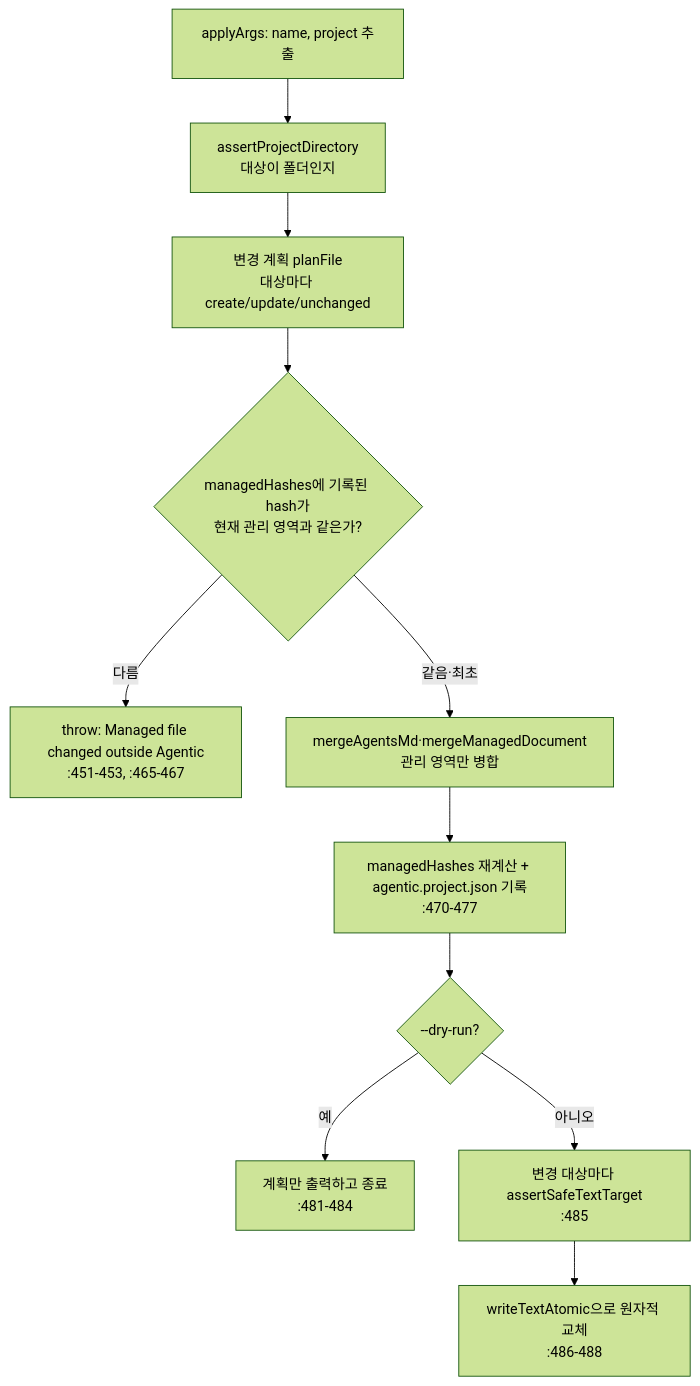
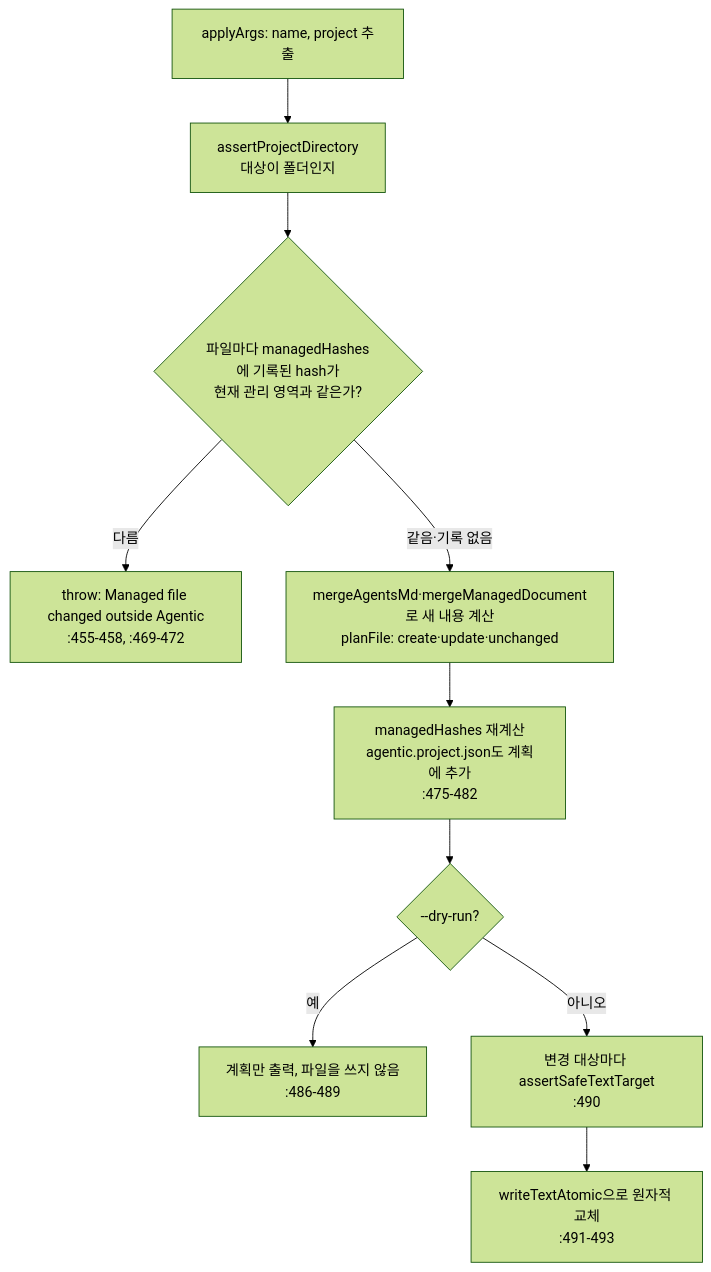
The fourth of 7 diagrams in docs/architecture/implementation-mechanics.md (IsthisLee/agent-context-manager), drawn with Mermaid (forest theme) before and after one commit. The commit also changed other lines of this file and 30 other files, not shown here.

````diff
--- a/docs/architecture/implementation-mechanics.md
+++ b/docs/architecture/implementation-mechanics.md
@@ -180,13 +185,12 @@
 ```mermaid
 flowchart TD
   A["applyArgs: name, project 추출"] --> B["assertProjectDirectory<br/>대상이 폴더인지"]
-  B --> C["변경 계획 planFile<br/>대상마다 create/update/unchanged"]
-  C --> D{"managedHashes에 기록된 hash가<br/>현재 관리 영역과 같은가?"}
-  D -->|"다름"| STOP["throw: Managed file changed outside Agentic<br/>:451-453, :465-467"]
-  D -->|"같음·최초"| E["mergeAgentsMd·mergeManagedDocument<br/>관리 영역만 병합"]
-  E --> F["managedHashes 재계산 + agentic.project.json 기록<br/>:470-477"]
+  B --> D{"파일마다 managedHashes에 기록된 hash가<br/>현재 관리 영역과 같은가?"}
+  D -->|"다름"| STOP["throw: Managed file changed outside Agentic<br/>:455-458, :469-472"]
+  D -->|"같음·기록 없음"| E["mergeAgentsMd·mergeManagedDocument로 새 내용 계산<br/>planFile: create·update·unchanged"]
+  E --> F["managedHashes 재계산<br/>agentic.project.json도 계획에 추가<br/>:475-482"]
   F --> G{"--dry-run?"}
-  G -->|"예"| PLAN["계획만 출력하고 종료<br/>:481-484"]
-  G -->|"아니오"| H["변경 대상마다 assertSafeTextTarget<br/>:485"]
-  H --> I["writeTextAtomic으로 원자적 교체<br/>:486-488"]
+  G -->|"예"| PLAN["계획만 출력, 파일을 쓰지 않음<br/>:486-489"]
+  G -->|"아니오"| H["변경 대상마다 assertSafeTextTarget<br/>:490"]
+  H --> I["writeTextAtomic으로 원자적 교체<br/>:491-493"]
 ```
````
